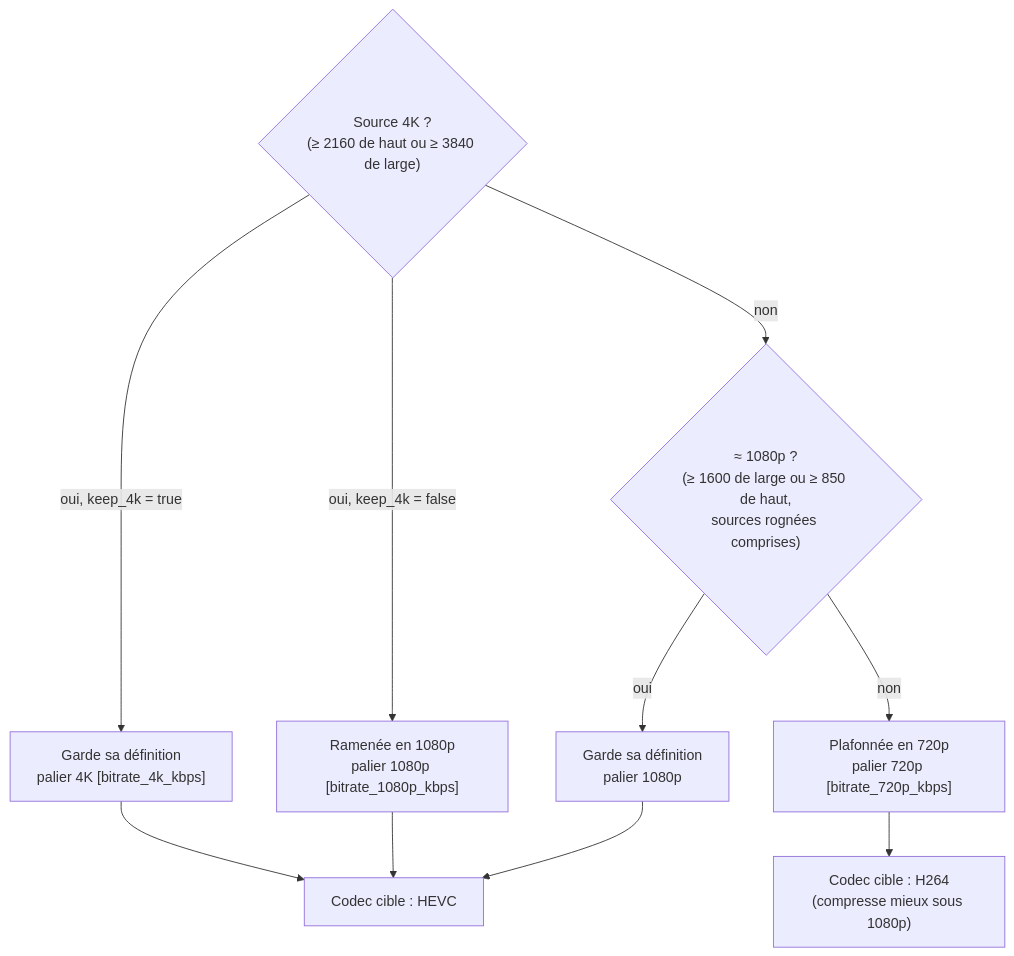
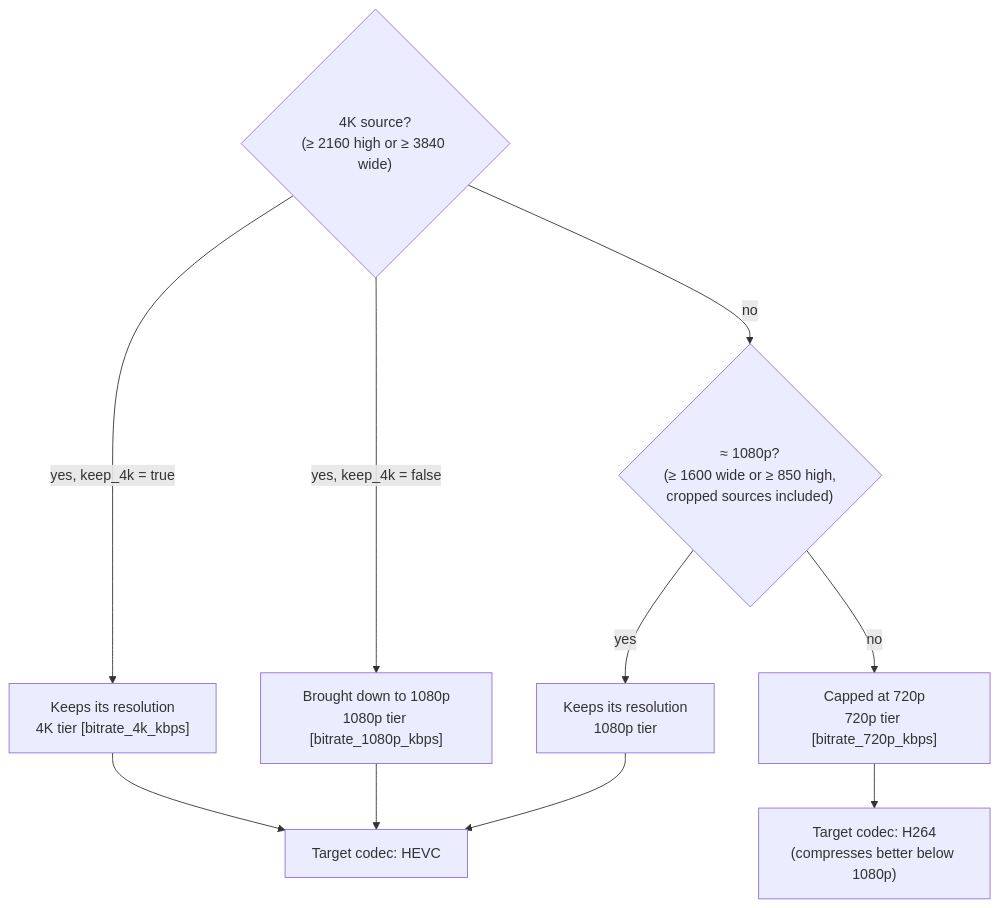
Before and after one commit to opegon/IRIS_Encode: the second of 6 diagrams in README.md, drawn with Mermaid. The commit also changed other lines of this file and 10 other files, not shown here.

````diff
--- a/README.md
+++ b/README.md
@@ -87,13 +89,13 @@
 ```mermaid
 flowchart TD
-    D0{"Source 4K ?<br/>(≥ 2160 de haut ou ≥ 3840 de large)"}
-    D0 -->|"oui, keep_4k = true"| D1["Garde sa définition<br/>palier 4K [bitrate_4k_kbps]"]
-    D0 -->|"oui, keep_4k = false"| D2["Ramenée en 1080p<br/>palier 1080p [bitrate_1080p_kbps]"]
-    D0 -->|non| D3{"≈ 1080p ?<br/>(≥ 1600 de large ou ≥ 850 de haut,<br/>sources rognées comprises)"}
-    D3 -->|oui| D4["Garde sa définition<br/>palier 1080p"]
-    D3 -->|non| D5["Plafonnée en 720p<br/>palier 720p [bitrate_720p_kbps]"]
-    D1 --> K["Codec cible : HEVC"]
+    D0{"4K source?<br/>(≥ 2160 high or ≥ 3840 wide)"}
+    D0 -->|"yes, keep_4k = true"| D1["Keeps its resolution<br/>4K tier [bitrate_4k_kbps]"]
+    D0 -->|"yes, keep_4k = false"| D2["Brought down to 1080p<br/>1080p tier [bitrate_1080p_kbps]"]
+    D0 -->|no| D3{"≈ 1080p?<br/>(≥ 1600 wide or ≥ 850 high,<br/>cropped sources included)"}
+    D3 -->|yes| D4["Keeps its resolution<br/>1080p tier"]
+    D3 -->|no| D5["Capped at 720p<br/>720p tier [bitrate_720p_kbps]"]
+    D1 --> K["Target codec: HEVC"]
     D2 --> K
     D4 --> K
-    D5 --> K2["Codec cible : H264<br/>(compresse mieux sous 1080p)"]
+    D5 --> K2["Target codec: H264<br/>(compresses better below 1080p)"]
 ```
````
